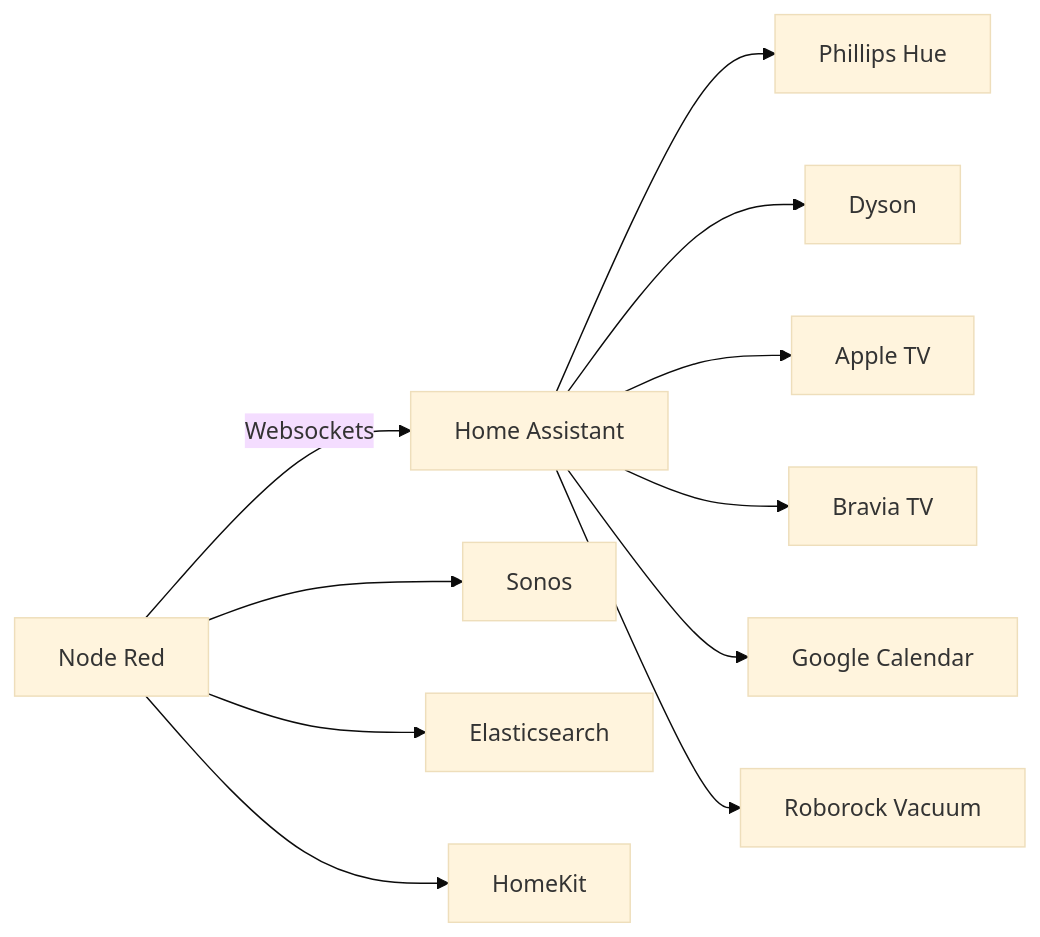
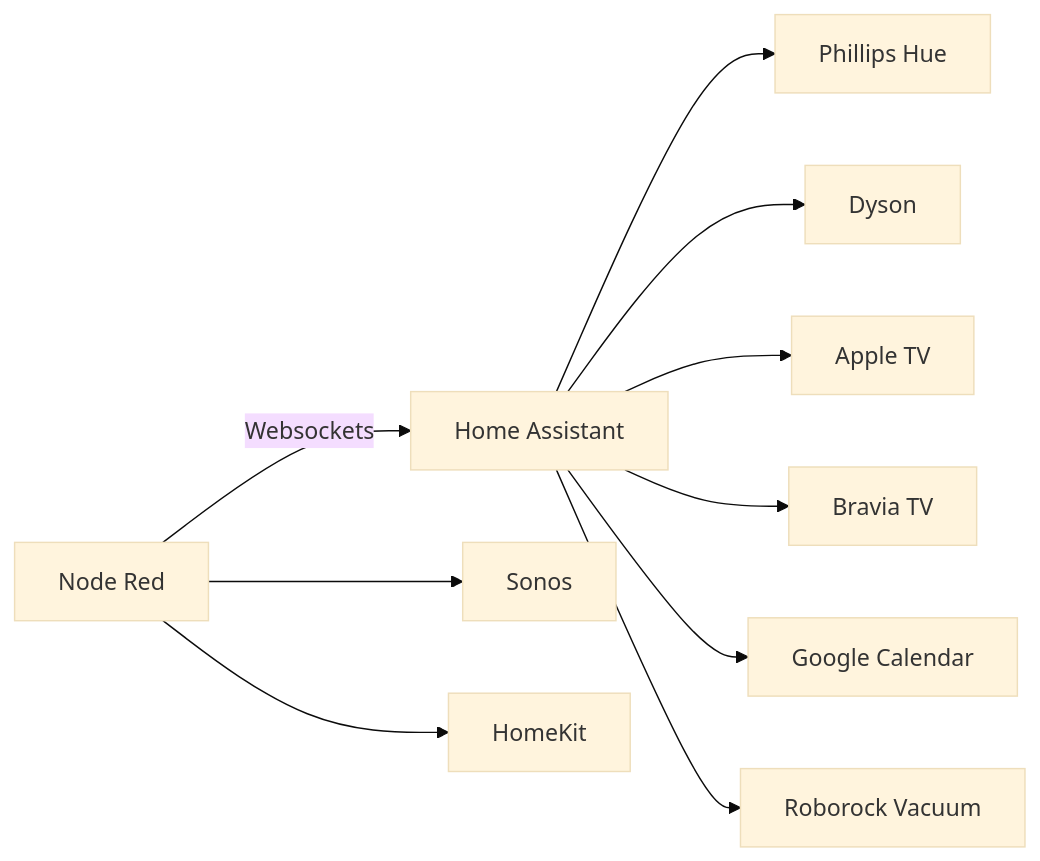
One commit to NickBorgers/node-red changed the diagram in README.md. Above: the diagram before and after it, drawn with Mermaid (base theme). The commit also changed other lines of this file and 1 other file, not shown here.

````diff
--- a/README.md
+++ b/README.md
@@ -15,14 +15,13 @@
 ```mermaid
 flowchart LR
 
 A[Node Red] --> |Websockets| B[Home Assistant]
 A --> C[Sonos]
-A --> D[Elasticsearch]
 A --> G[HomeKit]
 B --> E[Phillips Hue]
 B --> F[Dyson]
 B --> H[Apple TV]
 B --> I[Bravia TV]
 B --> K[Google Calendar]
 B --> J[Roborock Vacuum]
 ```
````
